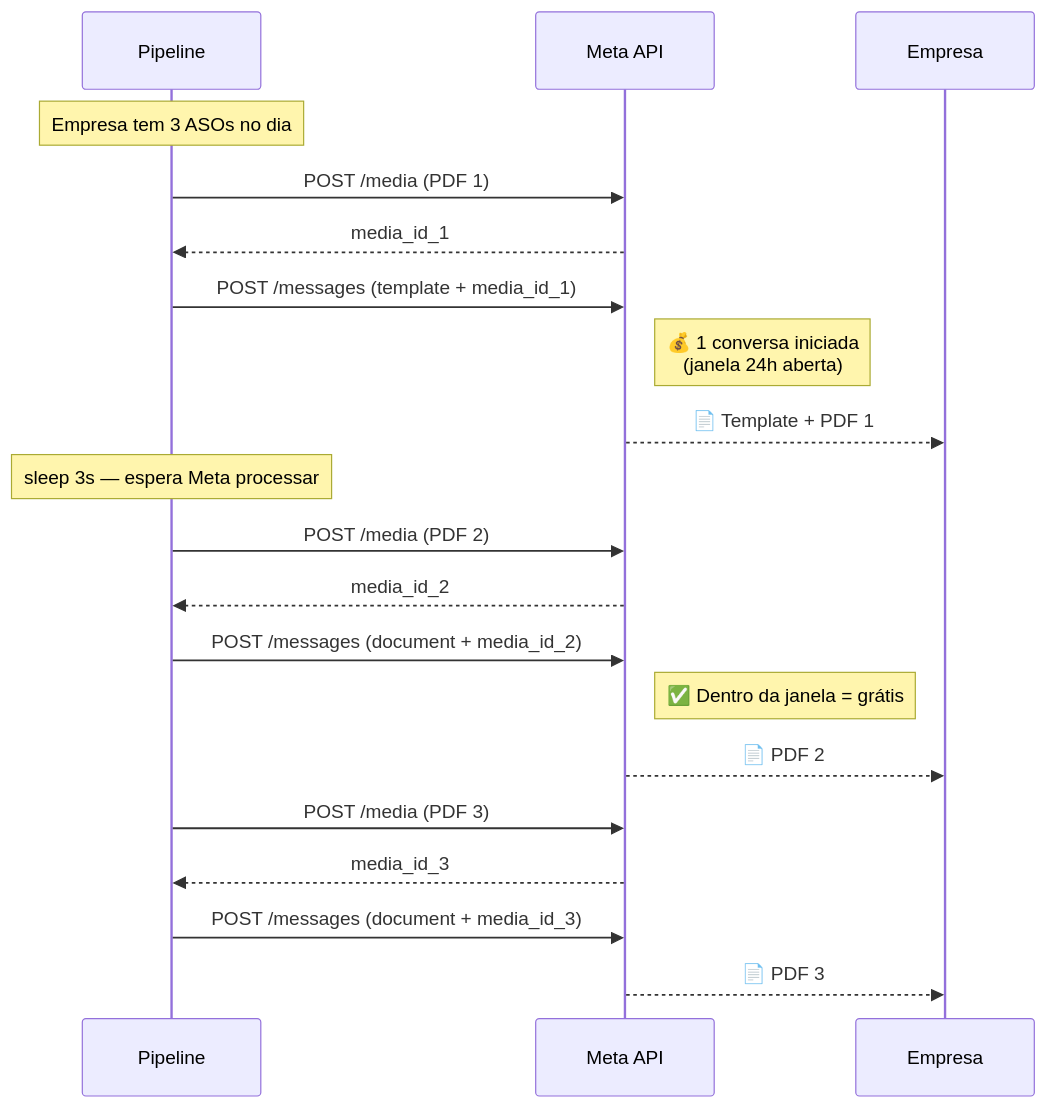
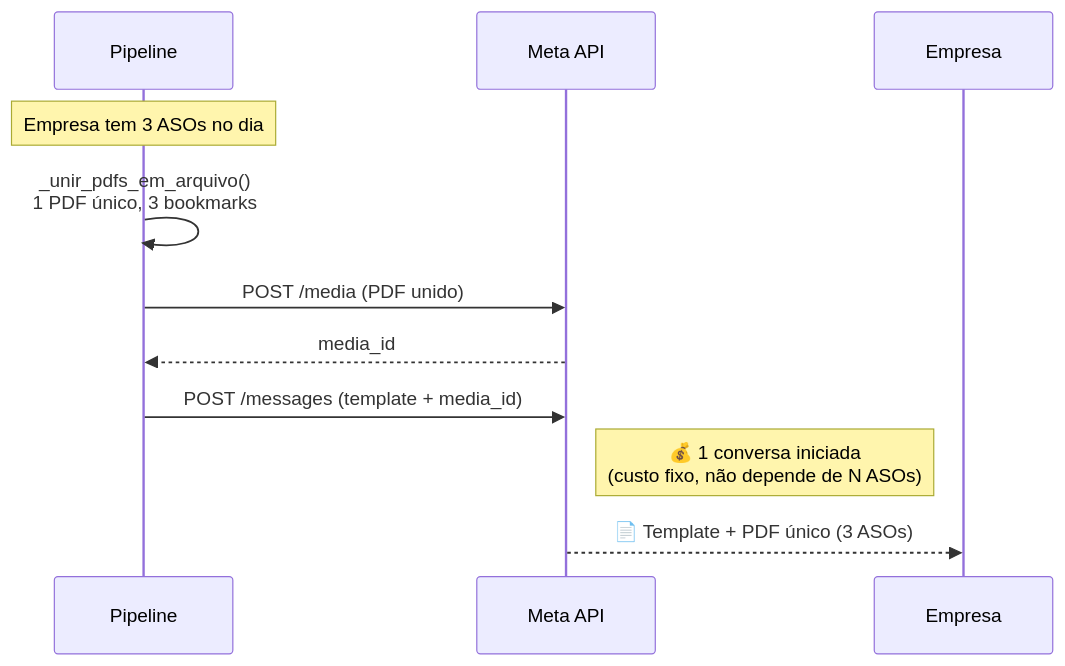
The sixth of 6 diagrams in ARCHITECTURE.md (safehelp-agentes/Mensageria_ASOs), drawn with Mermaid before and after one commit. The commit also changed other lines of this file and 34 other files, not shown here.

````diff
--- a/ARCHITECTURE.md
+++ b/ARCHITECTURE.md
@@ -331,23 +307,14 @@
 ```mermaid
 sequenceDiagram
     participant P as Pipeline
     participant M as Meta API
     participant E as Empresa
 
     Note over P: Empresa tem 3 ASOs no dia
-    P->>M: POST /media (PDF 1)
-    M-->>P: media_id_1
-    P->>M: POST /messages (template + media_id_1)
-    Note right of M: 💰 1 conversa iniciada<br/>(janela 24h aberta)
-    M-->>E: 📄 Template + PDF 1
-    Note over P: sleep 3s — espera Meta processar
-    P->>M: POST /media (PDF 2)
-    M-->>P: media_id_2
-    P->>M: POST /messages (document + media_id_2)
-    Note right of M: ✅ Dentro da janela = grátis
-    M-->>E: 📄 PDF 2
-    P->>M: POST /media (PDF 3)
-    M-->>P: media_id_3
-    P->>M: POST /messages (document + media_id_3)
-    M-->>E: 📄 PDF 3
+    P->>P: _unir_pdfs_em_arquivo()<br/>1 PDF único, 3 bookmarks
+    P->>M: POST /media (PDF unido)
+    M-->>P: media_id
+    P->>M: POST /messages (template + media_id)
+    Note right of M: 💰 1 conversa iniciada<br/>(custo fixo, não depende de N ASOs)
+    M-->>E: 📄 Template + PDF único (3 ASOs)
 ```
````
